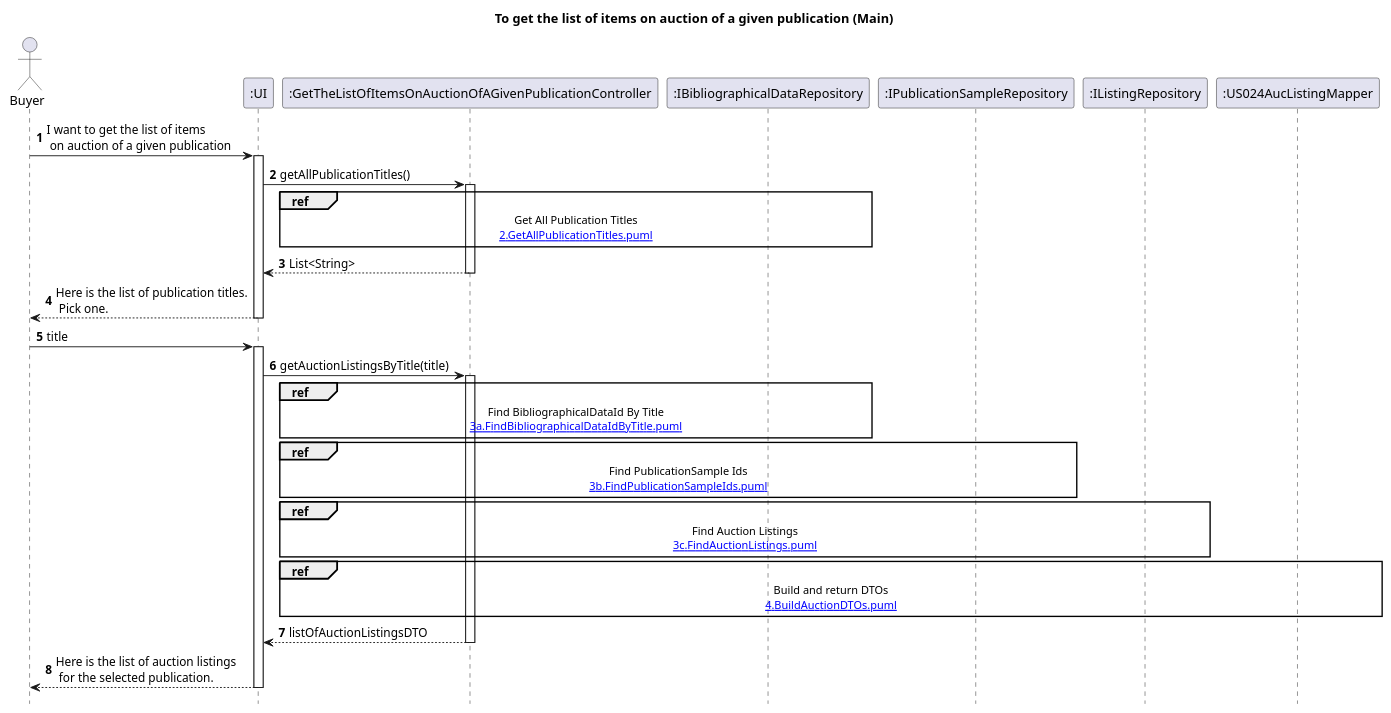
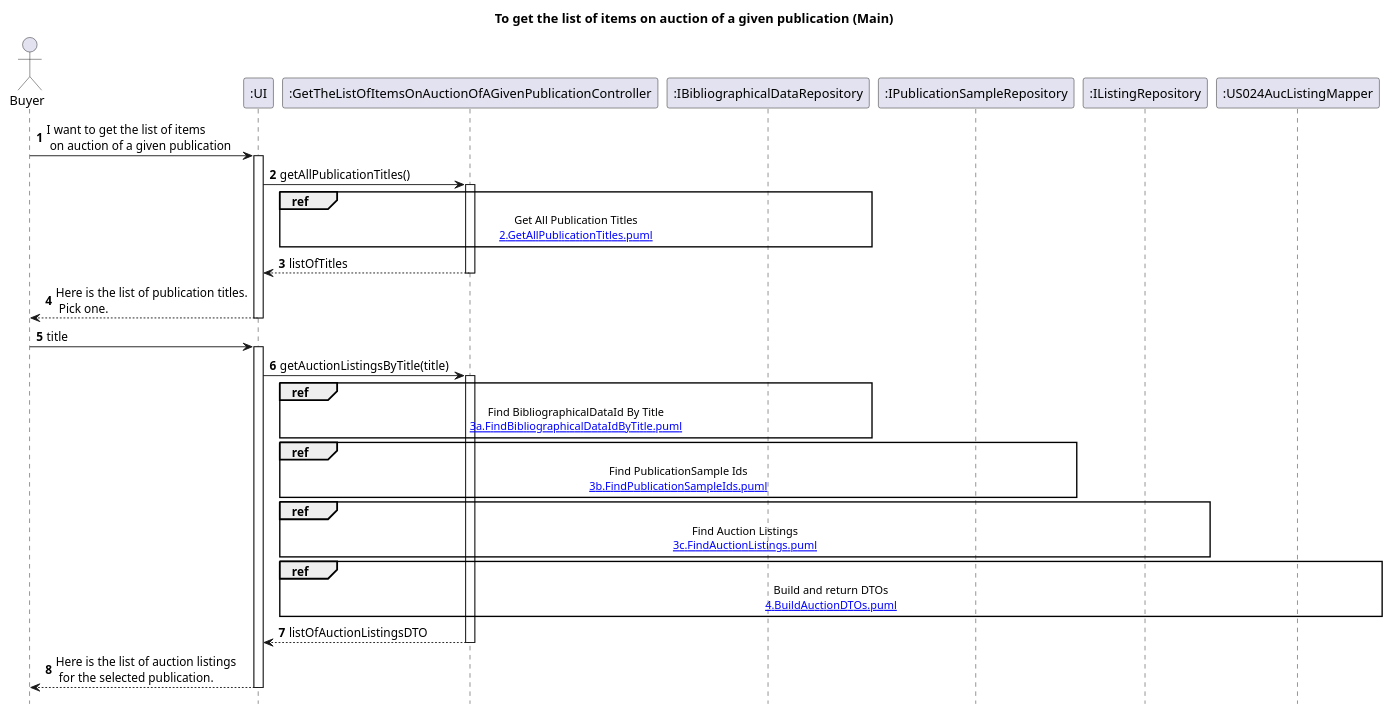
Before and after one commit to AndrePereiraGitH/SWitCH-Project-Team_A: the diagram in Diagrams/SequenceDiagrams/N2/To-Get-List-Of-Items-Auction-Of-Given-Publication/1.MainDiagram.puml, drawn with PlantUML.

Commit message:
refactor #699: fixed a small mistake in the return message in SD

```diff
--- a/Diagrams/SequenceDiagrams/N2/To-Get-List-Of-Items-Auction-Of-Given-Publication/1.MainDiagram.puml
+++ b/Diagrams/SequenceDiagrams/N2/To-Get-List-Of-Items-Auction-Of-Given-Publication/1.MainDiagram.puml
@@ -1,64 +1,64 @@
 @startuml
 hide footbox
 autonumber
 title To get the list of items on auction of a given publication (Main)
 
 actor Buyer
 participant ":UI" as UI
 participant ":GetTheListOfItemsOnAuctionOfAGivenPublicationController" as Ctrl
 participant ":IBibliographicalDataRepository" as bdRepo
 participant ":IPublicationSampleRepository" as pubSampleRepo
 participant ":IListingRepository" as listingRepo
 participant ":US024AucListingMapper" as mapper
 
 ' --- Start ---
 Buyer -> UI : I want to get the list of items\n on auction of a given publication
 activate UI
 
 UI -> Ctrl : getAllPublicationTitles()
 activate Ctrl
 
 ref over Ctrl, bdRepo
   Get All Publication Titles
   [[2.GetAllPublicationTitles.puml]]
 end ref
 
-Ctrl --> UI : List<String>
+Ctrl --> UI : listOfTitles
 deactivate Ctrl
 
 UI --> Buyer : Here is the list of publication titles.\n Pick one.
 deactivate UI
 
 Buyer -> UI : title
 activate UI
 
 UI -> Ctrl : getAuctionListingsByTitle(title)
 activate Ctrl
 
 ref over Ctrl, bdRepo
   Find BibliographicalDataId By Title
   [[3a.FindBibliographicalDataIdByTitle.puml]]
 end ref
 
 ref over Ctrl, pubSampleRepo
   Find PublicationSample Ids
   [[3b.FindPublicationSampleIds.puml]]
 end ref
 
 ref over Ctrl, listingRepo
   Find Auction Listings
   [[3c.FindAuctionListings.puml]]
 end ref
 
 ref over Ctrl, mapper
   Build and return DTOs
   [[4.BuildAuctionDTOs.puml]]
 end ref
 
 Ctrl --> UI : listOfAuctionListingsDTO
 deactivate Ctrl
 
 UI --> Buyer : Here is the list of auction listings\n for the selected publication.
 deactivate UI
 
 @enduml
```
